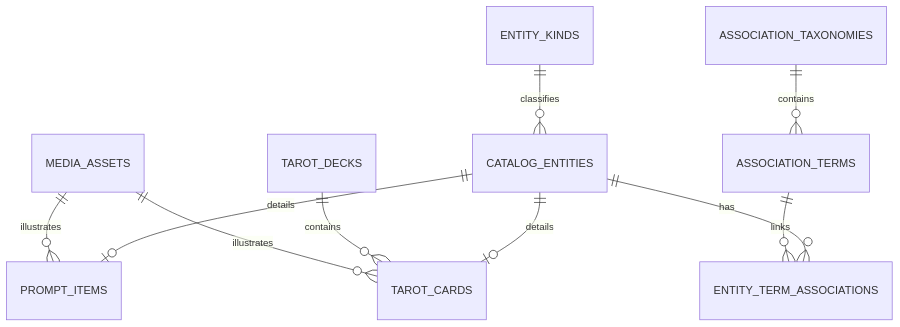
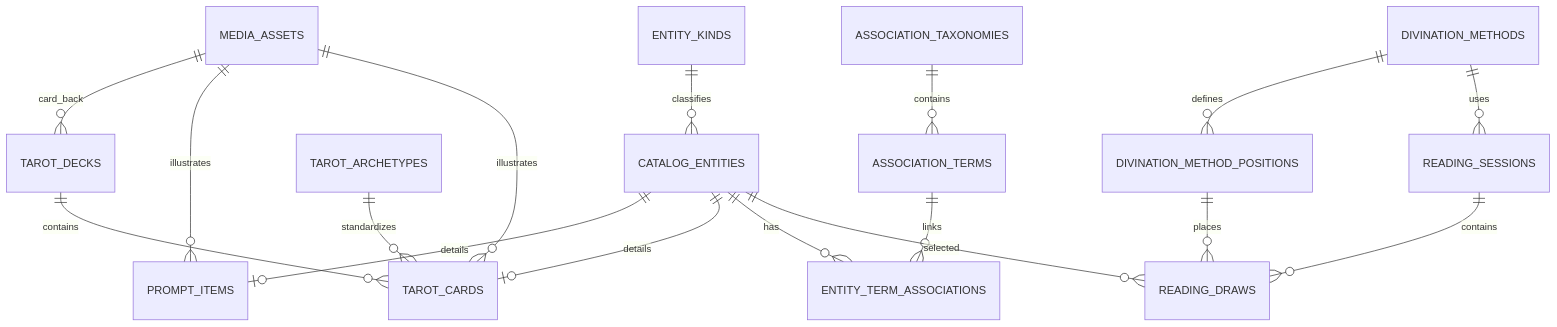
One commit to cccp1917117/cyber_tarot changed the diagram in README.md. Above: the diagram before and after it, drawn with Mermaid. The commit also changed other lines of this file and 12 other files, not shown here.

Commit message:
Add tarot standards and divination methods

````diff
--- a/README.md
+++ b/README.md
@@ -7,12 +7,19 @@
 ```mermaid
 erDiagram
     ENTITY_KINDS ||--o{ CATALOG_ENTITIES : classifies
     CATALOG_ENTITIES ||--o| PROMPT_ITEMS : details
     CATALOG_ENTITIES ||--o| TAROT_CARDS : details
     TAROT_DECKS ||--o{ TAROT_CARDS : contains
+    TAROT_ARCHETYPES ||--o{ TAROT_CARDS : standardizes
+    MEDIA_ASSETS ||--o{ TAROT_DECKS : card_back
     MEDIA_ASSETS ||--o{ PROMPT_ITEMS : illustrates
     MEDIA_ASSETS ||--o{ TAROT_CARDS : illustrates
     ASSOCIATION_TAXONOMIES ||--o{ ASSOCIATION_TERMS : contains
     CATALOG_ENTITIES ||--o{ ENTITY_TERM_ASSOCIATIONS : has
     ASSOCIATION_TERMS ||--o{ ENTITY_TERM_ASSOCIATIONS : links
+    DIVINATION_METHODS ||--o{ DIVINATION_METHOD_POSITIONS : defines
+    DIVINATION_METHODS ||--o{ READING_SESSIONS : uses
+    DIVINATION_METHOD_POSITIONS ||--o{ READING_DRAWS : places
+    READING_SESSIONS ||--o{ READING_DRAWS : contains
+    CATALOG_ENTITIES ||--o{ READING_DRAWS : selected
 ```
````
